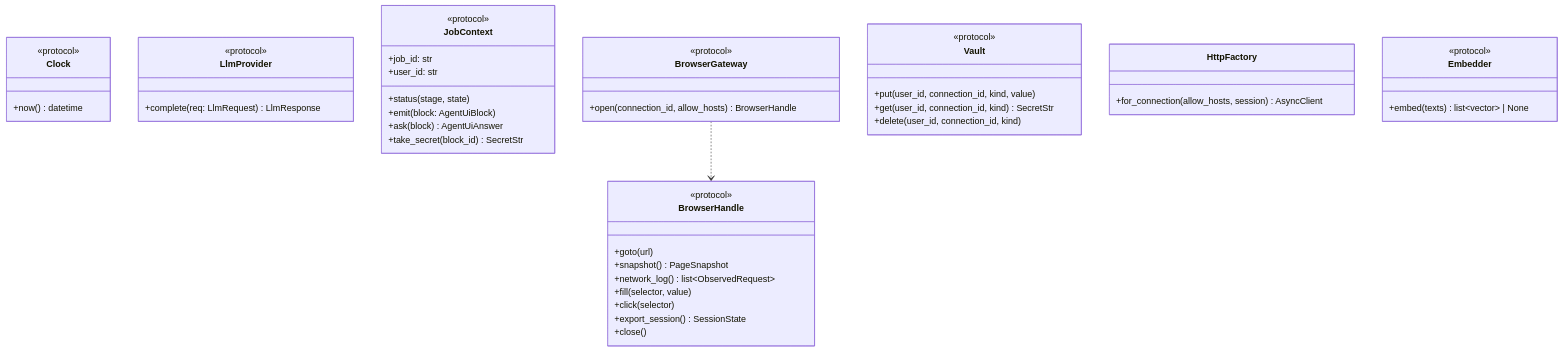
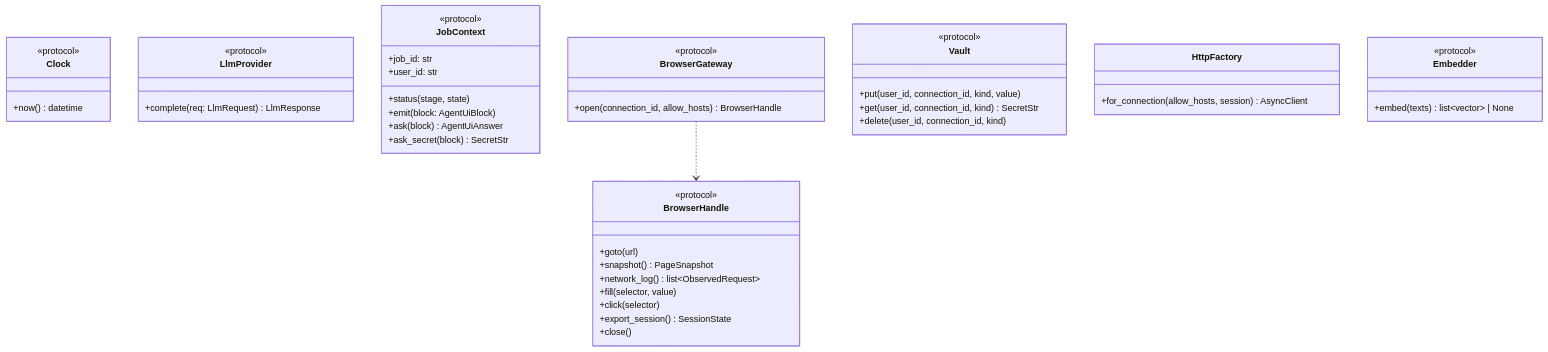
One commit to MattoYuzuru/Botai changed the second of 5 diagrams in docs/architecture/lld.md. Above: the diagram before and after it, drawn with Mermaid. The commit also changed other lines of this file and 146 other files, not shown here.

````diff
--- a/docs/architecture/lld.md
+++ b/docs/architecture/lld.md
@@ -46,48 +46,48 @@
 ```mermaid
 classDiagram
     class Clock {
         <<protocol>>
         +now() datetime
     }
     class LlmProvider {
         <<protocol>>
         +complete(req: LlmRequest) LlmResponse
     }
     class JobContext {
         <<protocol>>
         +job_id: str
         +user_id: str
         +status(stage, state)
         +emit(block: AgentUiBlock)
         +ask(block) AgentUiAnswer
-        +take_secret(block_id) SecretStr
+        +ask_secret(block) SecretStr
     }
     class BrowserGateway {
         <<protocol>>
         +open(connection_id, allow_hosts) BrowserHandle
     }
     class BrowserHandle {
         <<protocol>>
         +goto(url)
         +snapshot() PageSnapshot
         +network_log() list~ObservedRequest~
         +fill(selector, value)
         +click(selector)
         +export_session() SessionState
         +close()
     }
     class Vault {
         <<protocol>>
         +put(user_id, connection_id, kind, value)
         +get(user_id, connection_id, kind) SecretStr
         +delete(user_id, connection_id, kind)
     }
     class HttpFactory {
         +for_connection(allow_hosts, session) AsyncClient
     }
     class Embedder {
         <<protocol>>
         +embed(texts) list~vector~ | None
     }
     BrowserGateway ..> BrowserHandle
 ```
````
